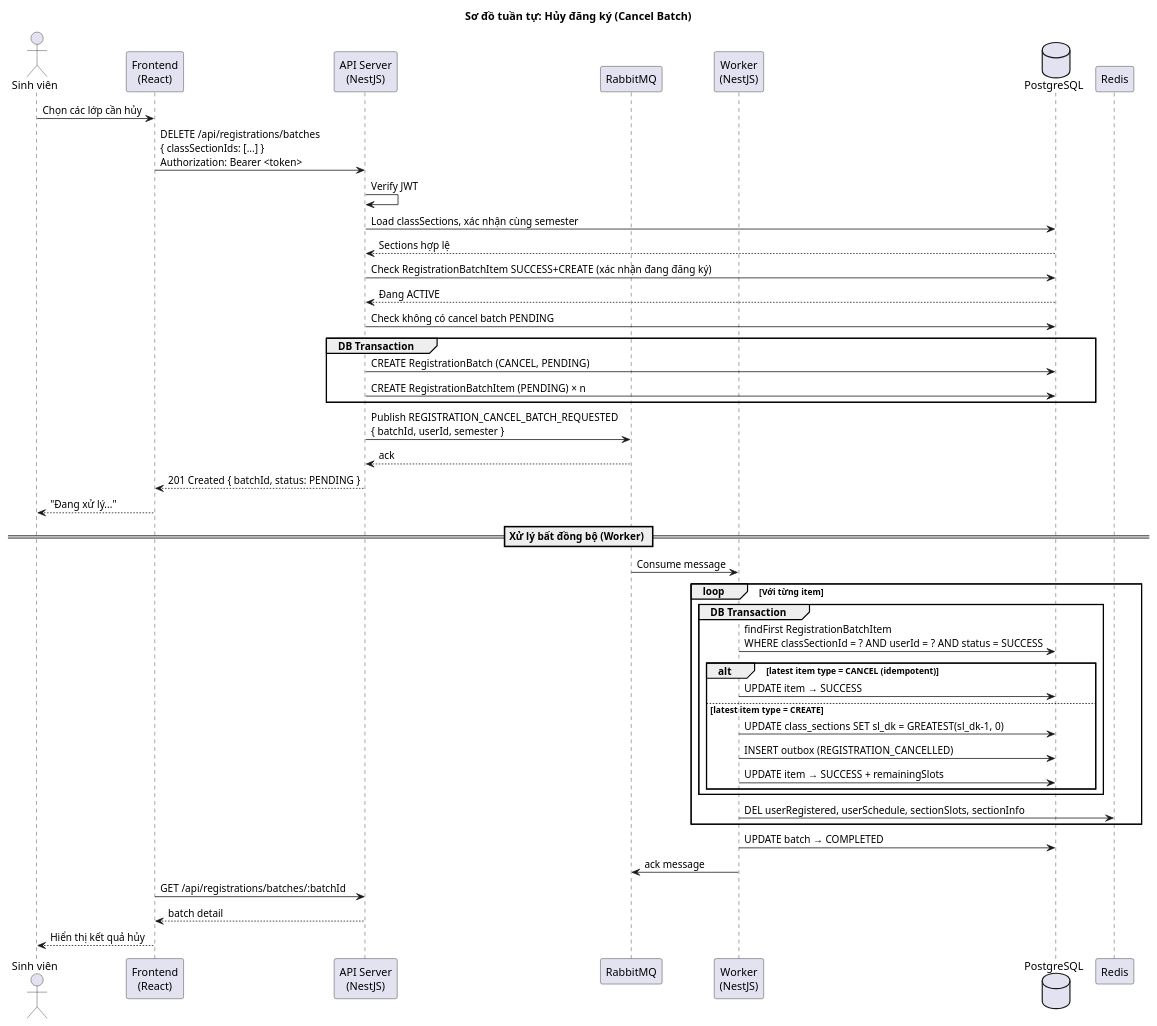
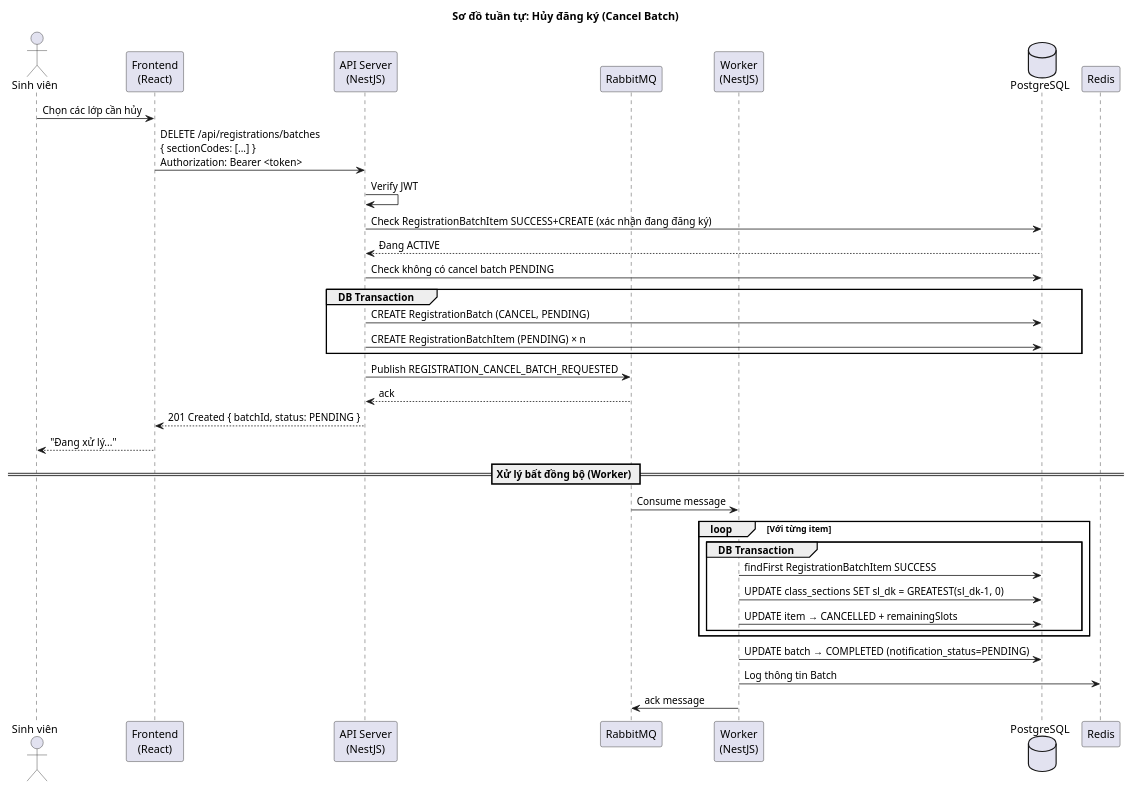
One commit to huyhuyqazwsx/do_an_tot_nghiep changed the third of 5 diagrams in docs/doc/sequence-diagrams.md. Above: the diagram before and after it, drawn with PlantUML. The commit also changed other lines of this file and 5 other files, not shown here.

````diff
--- a/docs/doc/sequence-diagrams.md
+++ b/docs/doc/sequence-diagrams.md
@@ -167,60 +125,49 @@
 ```plantuml
 @startuml SD_CancelBatch
 title Sơ đồ tuần tự: Hủy đăng ký (Cancel Batch)
 
 actor "Sinh viên" as SV
 participant "Frontend\n(React)" as FE
 participant "API Server\n(NestJS)" as API
 participant "RabbitMQ" as MQ
 participant "Worker\n(NestJS)" as Worker
 database "PostgreSQL" as DB
 participant "Redis" as Redis
 
 SV -> FE : Chọn các lớp cần hủy
 
-FE -> API : DELETE /api/registrations/batches\n{ classSectionIds: [...] }\nAuthorization: Bearer <token>
+FE -> API : DELETE /api/registrations/batches\n{ sectionCodes: [...] }\nAuthorization: Bearer <token>
 
 API -> API : Verify JWT
-API -> DB : Load classSections, xác nhận cùng semester
-DB --> API : Sections hợp lệ
 API -> DB : Check RegistrationBatchItem SUCCESS+CREATE (xác nhận đang đăng ký)
 DB --> API : Đang ACTIVE
 API -> DB : Check không có cancel batch PENDING
 
 group DB Transaction
     API -> DB : CREATE RegistrationBatch (CANCEL, PENDING)
     API -> DB : CREATE RegistrationBatchItem (PENDING) × n
 end
 
-API -> MQ : Publish REGISTRATION_CANCEL_BATCH_REQUESTED\n{ batchId, userId, semester }
+API -> MQ : Publish REGISTRATION_CANCEL_BATCH_REQUESTED
 MQ --> API : ack
 API --> FE : 201 Created { batchId, status: PENDING }
 FE --> SV : "Đang xử lý..."
 
 == Xử lý bất đồng bộ (Worker) ==
 
 MQ -> Worker : Consume message
 
 loop Với từng item
     group DB Transaction
-        Worker -> DB : findFirst RegistrationBatchItem\nWHERE classSectionId = ? AND userId = ? AND status = SUCCESS
-        alt latest item type = CANCEL (idempotent)
-            Worker -> DB : UPDATE item → SUCCESS
-        else latest item type = CREATE
-            Worker -> DB : UPDATE class_sections SET sl_dk = GREATEST(sl_dk-1, 0)
-            Worker -> DB : INSERT outbox (REGISTRATION_CANCELLED)
-            Worker -> DB : UPDATE item → SUCCESS + remainingSlots
-        end
+        Worker -> DB : findFirst RegistrationBatchItem SUCCESS
+        Worker -> DB : UPDATE class_sections SET sl_dk = GREATEST(sl_dk-1, 0)
+        Worker -> DB : UPDATE item → CANCELLED + remainingSlots
     end
-    Worker -> Redis : DEL userRegistered, userSchedule, sectionSlots, sectionInfo
 end
 
-Worker -> DB : UPDATE batch → COMPLETED
+Worker -> DB : UPDATE batch → COMPLETED (notification_status=PENDING)
+Worker -> Redis : Log thông tin Batch
 Worker -> MQ : ack message
-
-FE -> API : GET /api/registrations/batches/:batchId
-API --> FE : batch detail
-FE --> SV : Hiển thị kết quả hủy
 
 @enduml
 ```
````
